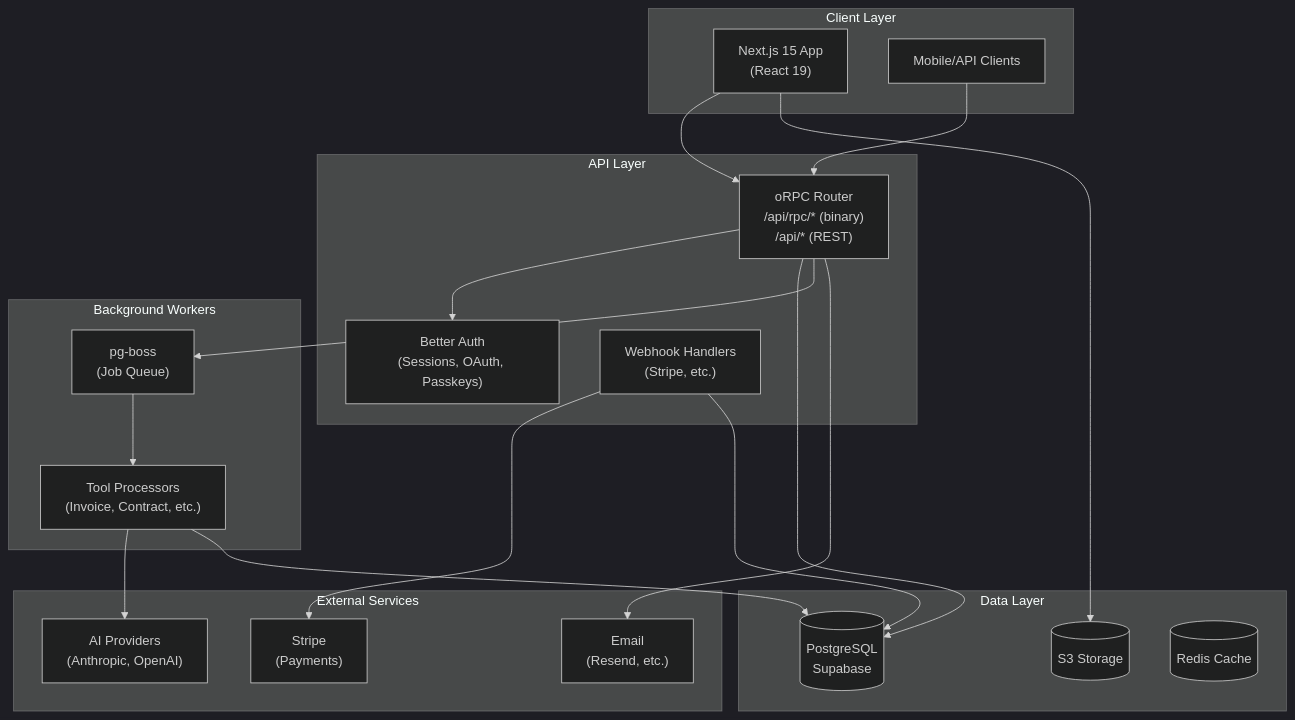
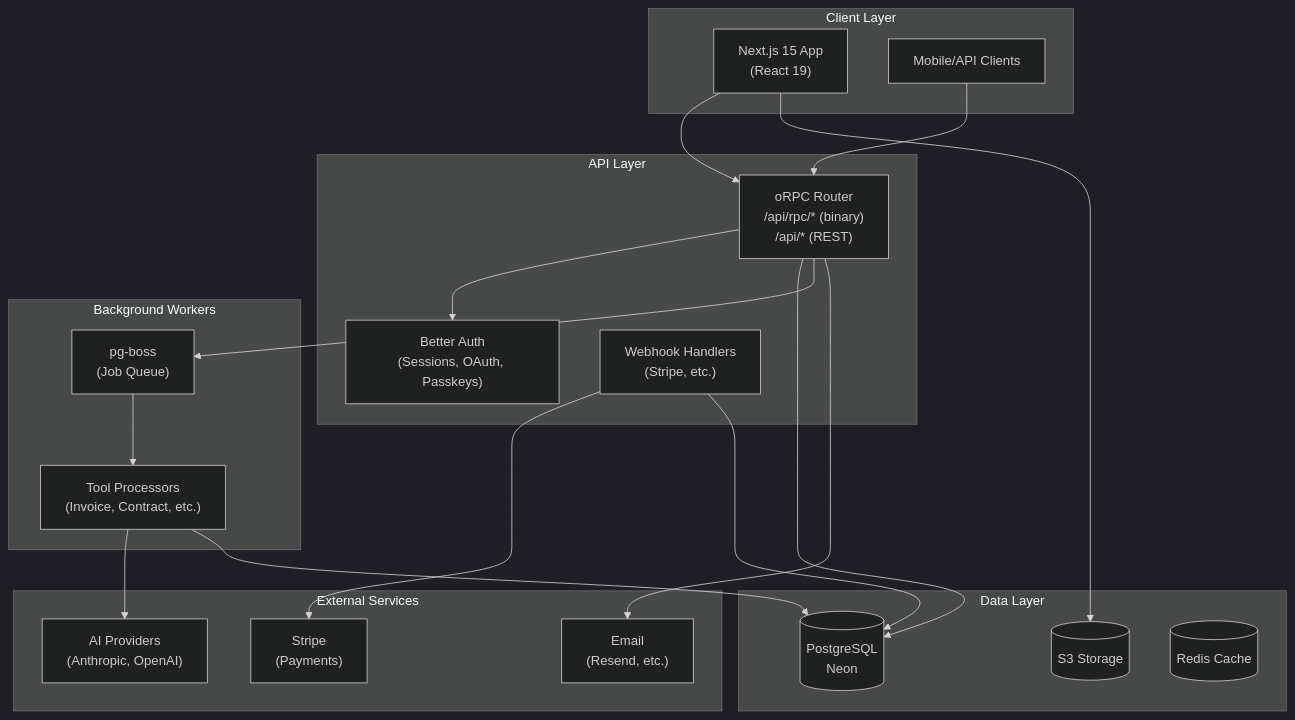
The first of 11 diagrams in docs/architecture-diagrams.md (aagnone3/software-multi-tool), drawn with Mermaid (dark theme) before and after one commit. The commit also changed other lines of this file and 7 other files, not shown here.

First line of the commit message:
chore: replace remaining Supabase references with Neon (#1515)

````diff
--- a/docs/architecture-diagrams.md
+++ b/docs/architecture-diagrams.md
@@ -5,43 +5,43 @@
 ```mermaid
 flowchart TB
     subgraph Client["Client Layer"]
         Web["Next.js 15 App<br/>(React 19)"]
         Mobile["Mobile/API Clients"]
     end
 
     subgraph API["API Layer"]
         oRPC["oRPC Router<br/>/api/rpc/* (binary)<br/>/api/* (REST)"]
         Auth["Better Auth<br/>(Sessions, OAuth, Passkeys)"]
         Webhooks["Webhook Handlers<br/>(Stripe, etc.)"]
     end
 
     subgraph Workers["Background Workers"]
         PgBoss["pg-boss<br/>(Job Queue)"]
         Processors["Tool Processors<br/>(Invoice, Contract, etc.)"]
     end
 
     subgraph Data["Data Layer"]
-        Postgres[(PostgreSQL<br/>Supabase)]
+        Postgres[(PostgreSQL<br/>Neon)]
         S3[(S3 Storage)]
         Redis[(Redis Cache)]
     end
 
     subgraph External["External Services"]
         Stripe["Stripe<br/>(Payments)"]
         AI["AI Providers<br/>(Anthropic, OpenAI)"]
         Email["Email<br/>(Resend, etc.)"]
     end
 
     Web --> oRPC
     Mobile --> oRPC
     oRPC --> Auth
     oRPC --> Postgres
     oRPC --> PgBoss
     PgBoss --> Processors
     Processors --> AI
     Processors --> Postgres
     Webhooks --> Stripe
     Webhooks --> Postgres
     Web --> S3
     oRPC --> Email
 ```
````
